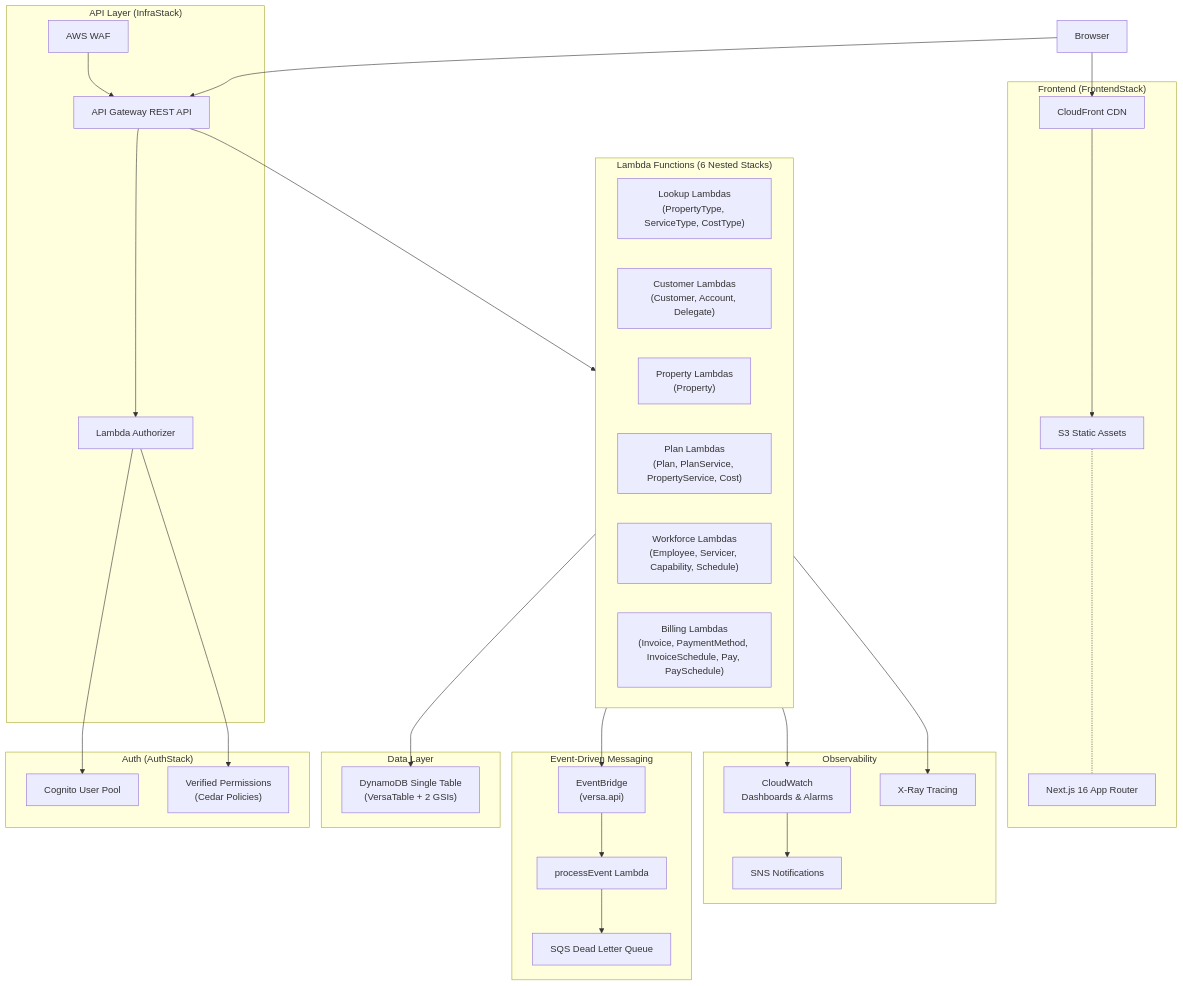
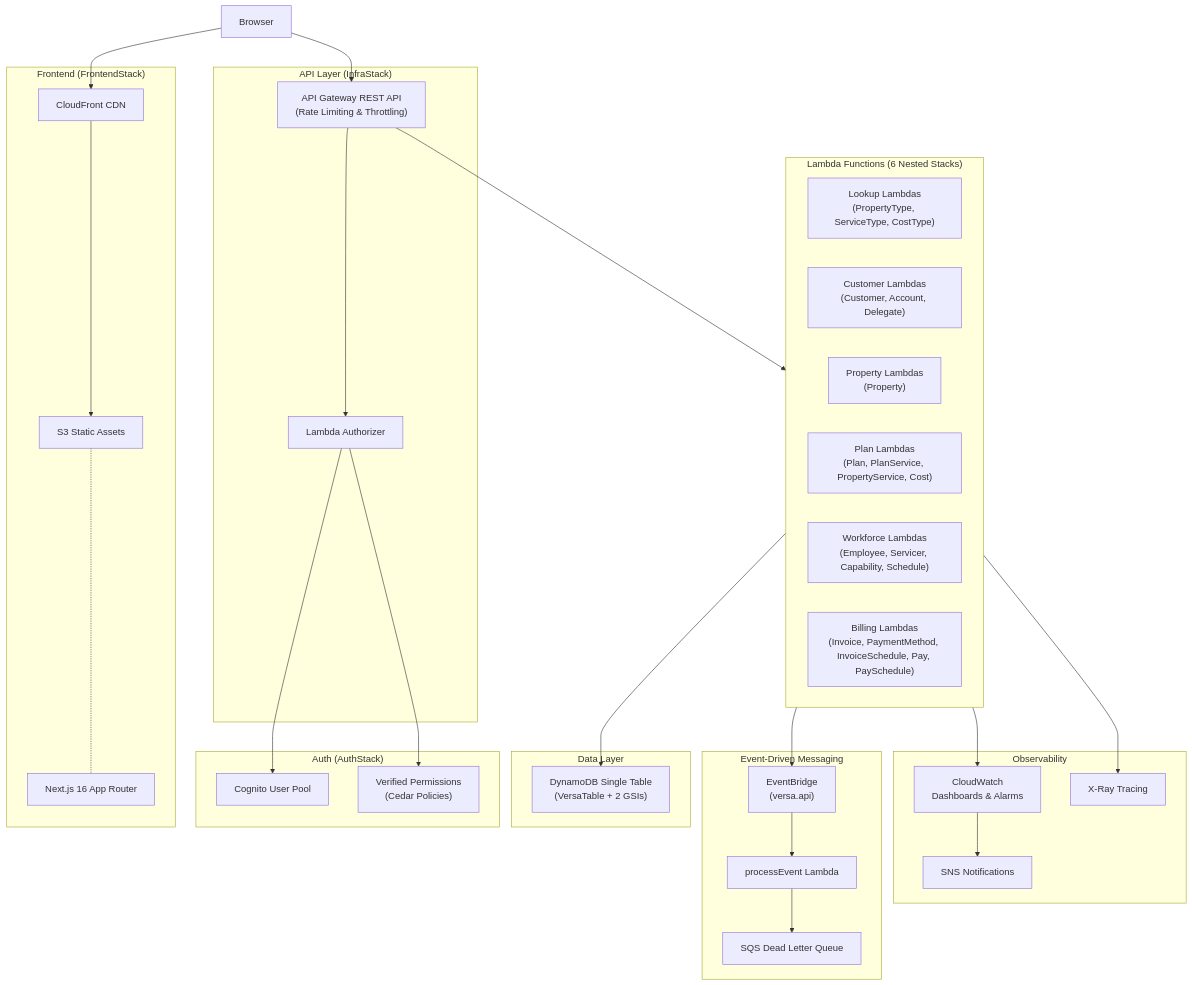
The diagram in docs/architecture.md (runningrandall/hmaas), drawn with Mermaid before and after one commit. The commit also changed other lines of this file and 7 other files, not shown here.

Commit message:
feat(infra): replace WAF with API Gateway throttling for cost-effective security

````diff
--- a/docs/architecture.md
+++ b/docs/architecture.md
@@ -5,63 +5,61 @@
 ```mermaid
 flowchart TD
     Browser["Browser"]
 
     subgraph Frontend["Frontend (FrontendStack)"]
         CF["CloudFront CDN"]
         S3["S3 Static Assets"]
         NextJS["Next.js 16 App Router"]
     end
 
     subgraph API["API Layer (InfraStack)"]
-        APIGW["API Gateway REST API"]
-        WAF["AWS WAF"]
+        APIGW["API Gateway REST API\n(Rate Limiting & Throttling)"]
         AuthZ["Lambda Authorizer"]
     end
 
     subgraph Auth["Auth (AuthStack)"]
         Cognito["Cognito User Pool"]
         AVP["Verified Permissions\n(Cedar Policies)"]
     end
 
     subgraph Compute["Lambda Functions (6 Nested Stacks)"]
         Lookup["Lookup Lambdas\n(PropertyType, ServiceType, CostType)"]
         CustomerL["Customer Lambdas\n(Customer, Account, Delegate)"]
         PropertyL["Property Lambdas\n(Property)"]
         PlanL["Plan Lambdas\n(Plan, PlanService, PropertyService, Cost)"]
         WorkforceL["Workforce Lambdas\n(Employee, Servicer, Capability, Schedule)"]
         BillingL["Billing Lambdas\n(Invoice, PaymentMethod, InvoiceSchedule, Pay, PaySchedule)"]
     end
 
     subgraph Data["Data Layer"]
         DDB["DynamoDB Single Table\n(VersaTable + 2 GSIs)"]
     end
 
     subgraph Events["Event-Driven Messaging"]
         EB["EventBridge\n(versa.api)"]
         ProcessEvent["processEvent Lambda"]
         DLQ["SQS Dead Letter Queue"]
     end
 
     subgraph Observability["Observability"]
         CW["CloudWatch\nDashboards & Alarms"]
         SNS["SNS Notifications"]
         XRay["X-Ray Tracing"]
     end
 
     Browser --> CF
     CF --> S3
     S3 -.- NextJS
     Browser --> APIGW
-    WAF --> APIGW
     APIGW --> AuthZ
     AuthZ --> Cognito
     AuthZ --> AVP
     APIGW --> Compute
     Compute --> DDB
     Compute --> EB
     EB --> ProcessEvent
     ProcessEvent --> DLQ
     Compute --> CW
     CW --> SNS
     Compute --> XRay
 ```
````
